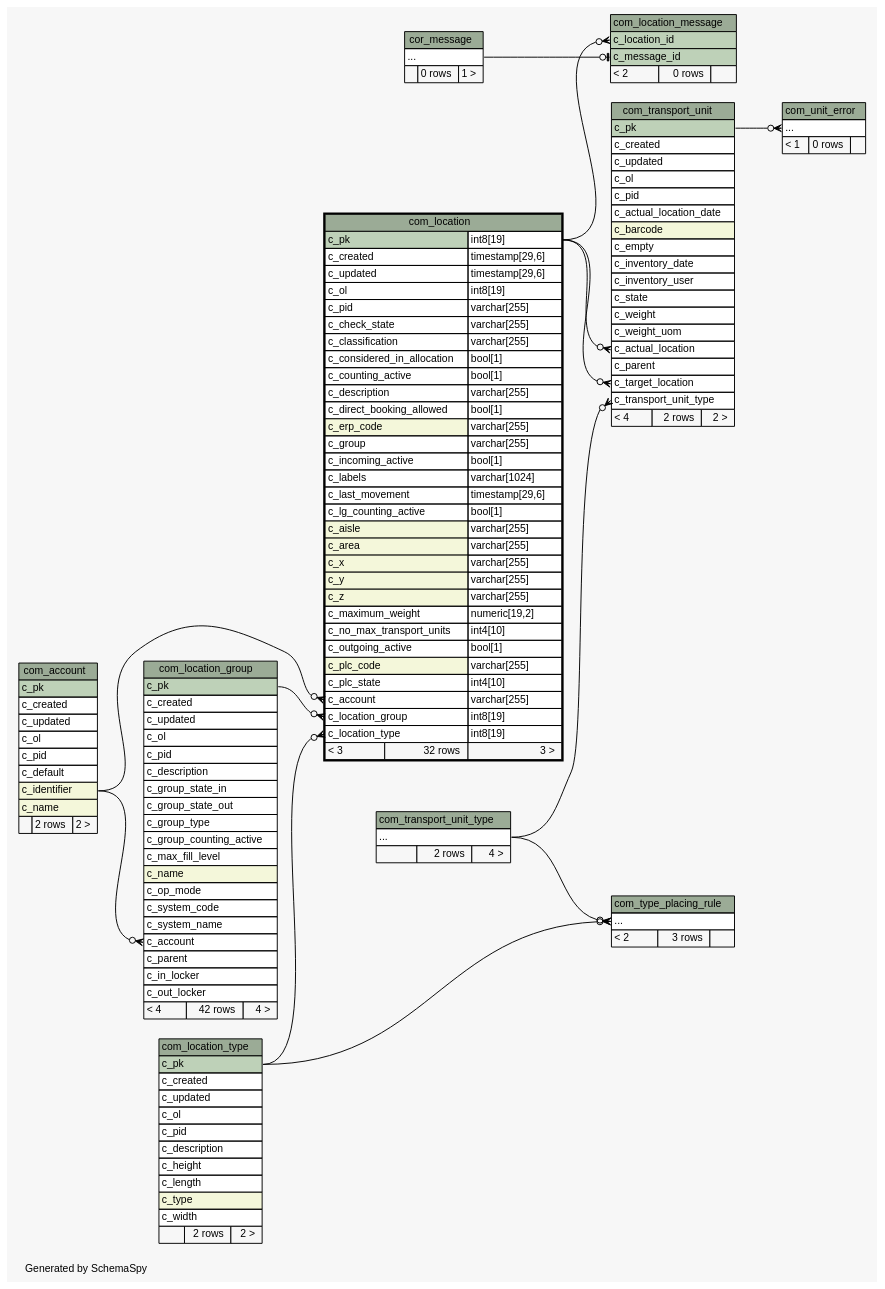
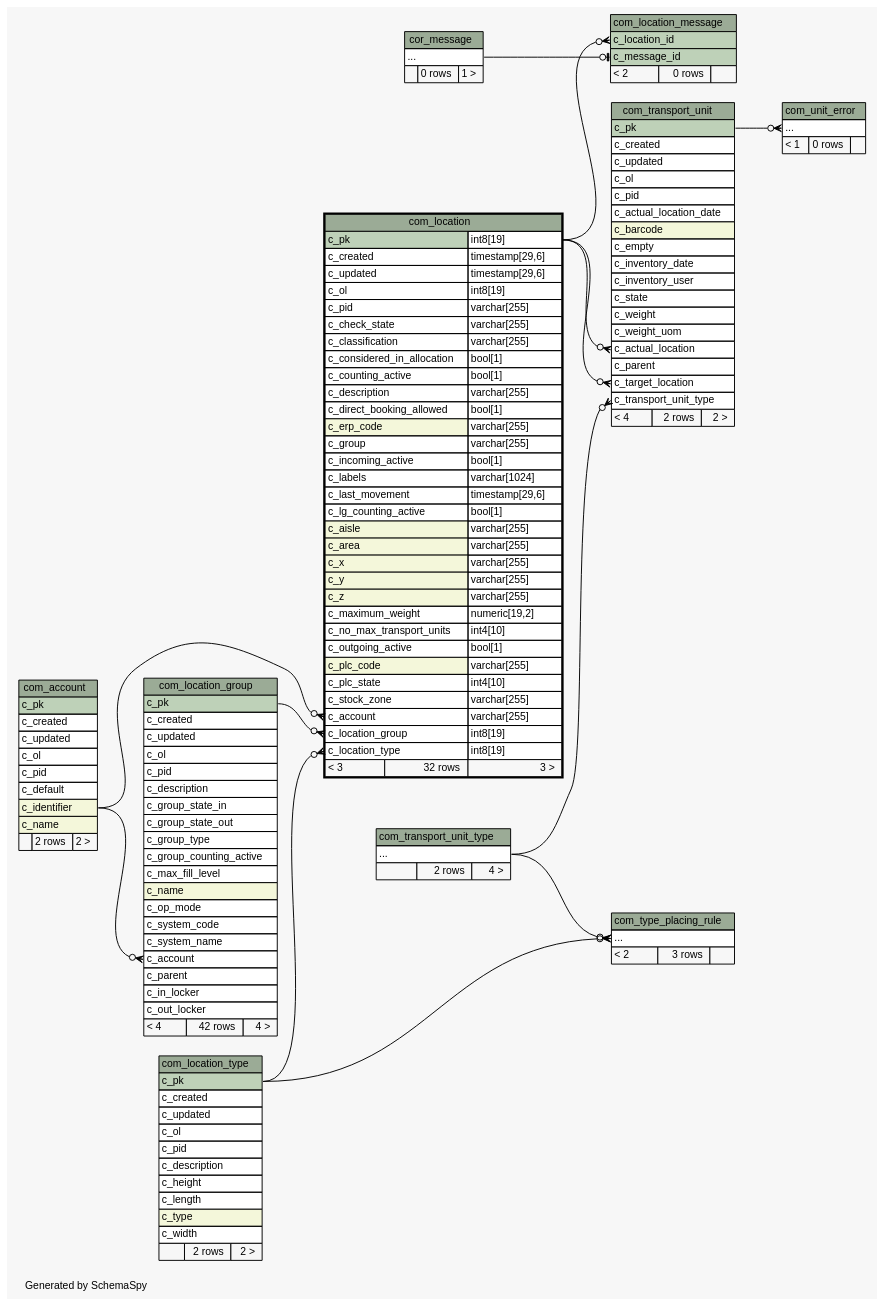
One commit to openwms/org.openwms.common.service.lib changed the diagram in 1.7.0-SNAPSHOT/schemaspy/diagrams/com_location.2degrees.dot. Above: the diagram before and after it, drawn with Graphviz. The commit also changed 440 other files, not shown here.

```diff
--- a/1.7.0-SNAPSHOT/schemaspy/diagrams/com_location.2degrees.dot
+++ b/1.7.0-SNAPSHOT/schemaspy/diagrams/com_location.2degrees.dot
@@ -79,6 +79,7 @@
       <TR><TD PORT="c_outgoing_active" COLSPAN="2" ALIGN="LEFT">c_outgoing_active</TD><TD PORT="c_outgoing_active.type" ALIGN="LEFT">bool[1]</TD></TR>
       <TR><TD PORT="c_plc_code" COLSPAN="2" BGCOLOR="#f4f7da" ALIGN="LEFT">c_plc_code</TD><TD PORT="c_plc_code.type" ALIGN="LEFT">varchar[255]</TD></TR>
       <TR><TD PORT="c_plc_state" COLSPAN="2" ALIGN="LEFT">c_plc_state</TD><TD PORT="c_plc_state.type" ALIGN="LEFT">int4[10]</TD></TR>
+      <TR><TD PORT="c_stock_zone" COLSPAN="2" ALIGN="LEFT">c_stock_zone</TD><TD PORT="c_stock_zone.type" ALIGN="LEFT">varchar[255]</TD></TR>
       <TR><TD PORT="c_account" COLSPAN="2" ALIGN="LEFT">c_account</TD><TD PORT="c_account.type" ALIGN="LEFT">varchar[255]</TD></TR>
       <TR><TD PORT="c_location_group" COLSPAN="2" ALIGN="LEFT">c_location_group</TD><TD PORT="c_location_group.type" ALIGN="LEFT">int8[19]</TD></TR>
       <TR><TD PORT="c_location_type" COLSPAN="2" ALIGN="LEFT">c_location_type</TD><TD PORT="c_location_type.type" ALIGN="LEFT">int8[19]</TD></TR>
```
